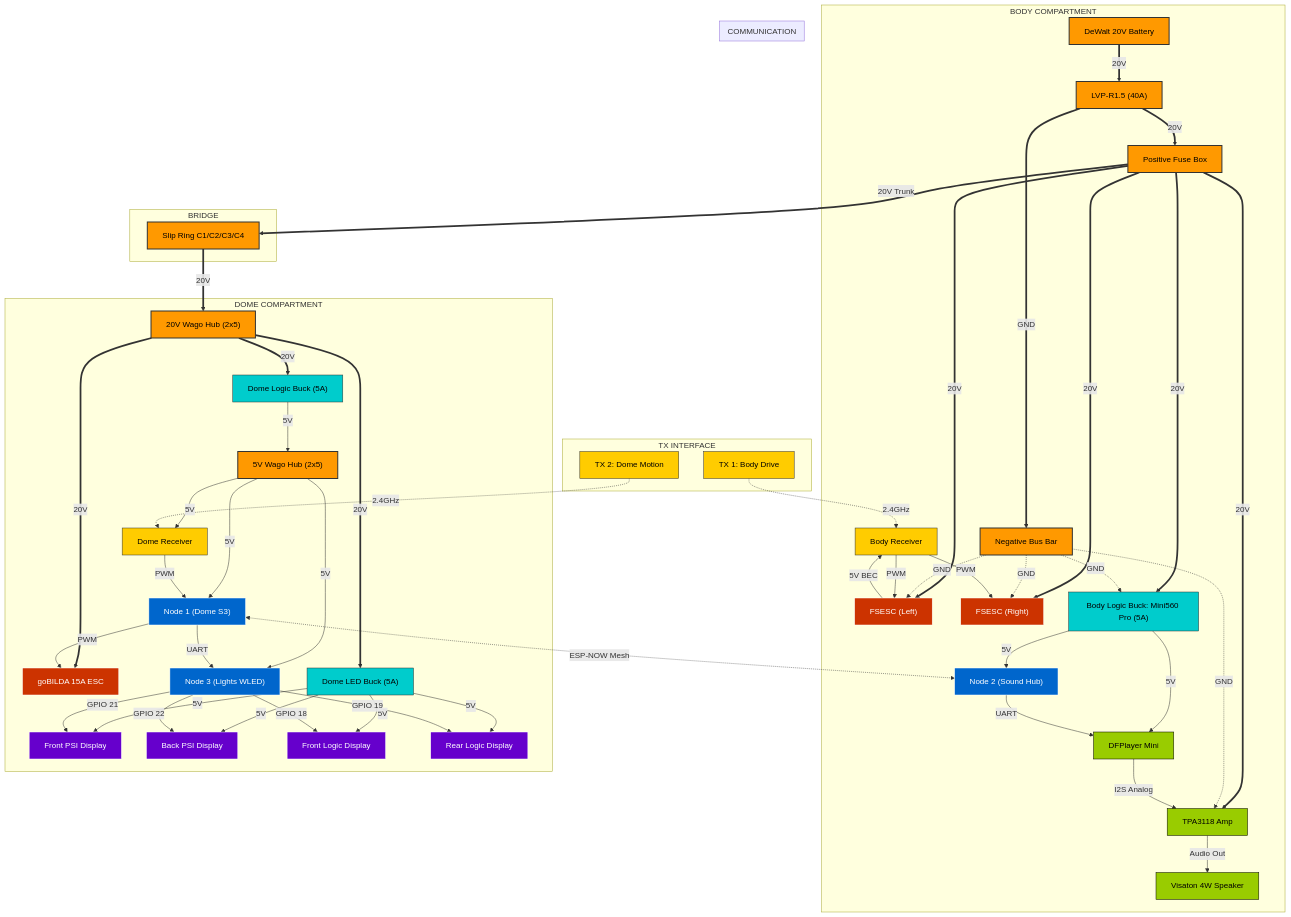
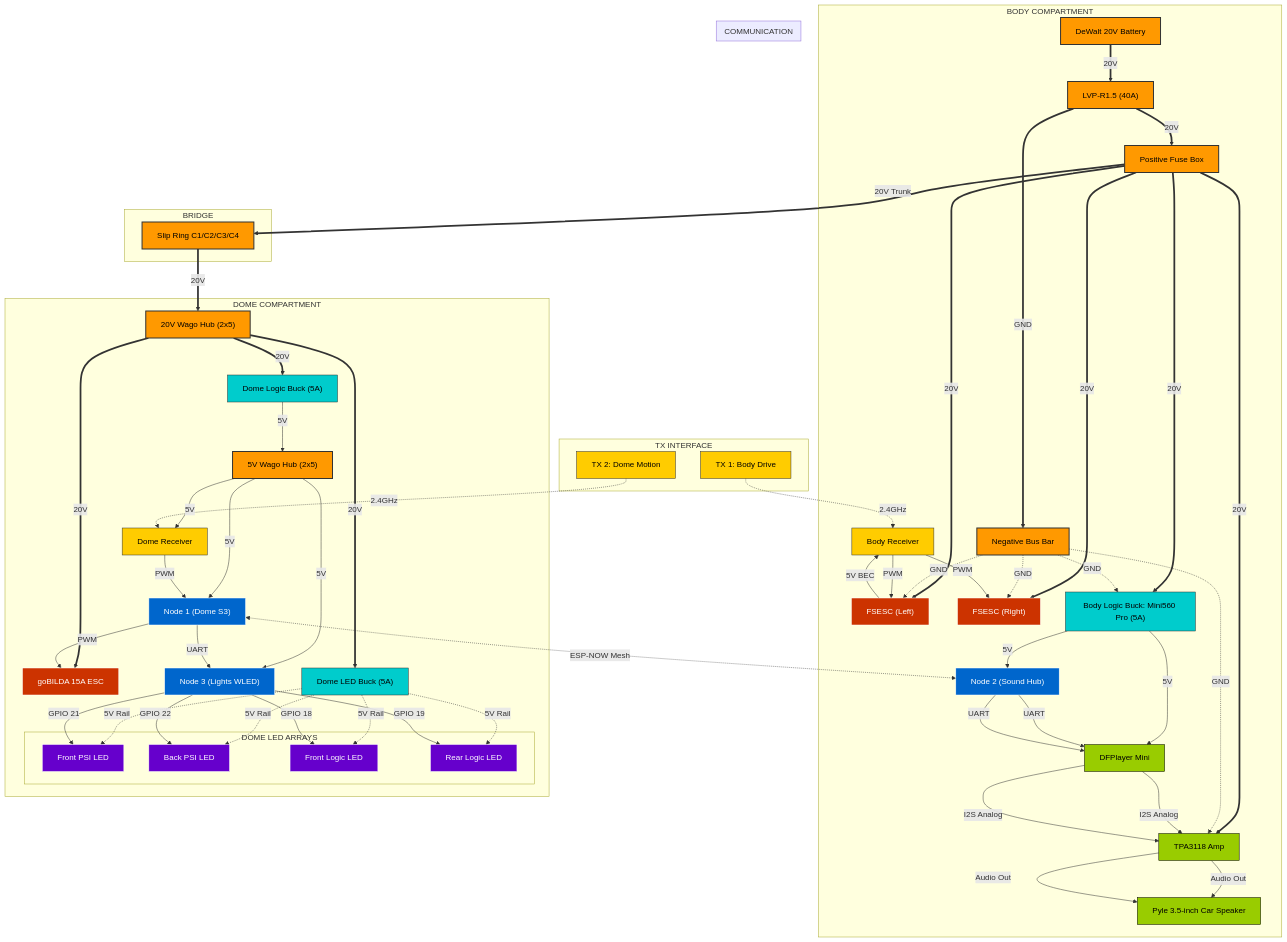
Before and after one commit to Ruzzler/Wee2-D2: the diagram in docs/architecture/electrical-schematic.md, drawn with Mermaid.

Commit message:
docs(schematic): fix speaker specs, rename LEDs, and optimize lighting layout clarity

```diff
--- a/docs/architecture/electrical-schematic.md
+++ b/docs/architecture/electrical-schematic.md
@@ -52,25 +52,33 @@
     SLIP ==>|20V| DOME_WAGO_20V["20V Wago Hub (2x5)"]:::power
 
     DOME_WAGO_20V ==>|20V| DOME_ESC["goBILDA 15A ESC"]:::drive
+    DOME_WAGO_20V ==>|20V| BUCK_LOGIC["Dome Logic Buck (5A)"]:::logic
     DOME_WAGO_20V ==>|20V| BUCK_LEDS["Dome LED Buck (5A)"]:::logic
-    DOME_WAGO_20V ==>|20V| BUCK_LOGIC["Dome Logic Buck (5A)"]:::logic
-
-    BUCK_LEDS -->|5V| F_PSI["Front PSI Display"]:::lights
-    BUCK_LEDS -->|5V| B_PSI["Back PSI Display"]:::lights
-    BUCK_LEDS -->|5V| F_LOGIC["Front Logic Display"]:::lights
-    BUCK_LEDS -->|5V| B_LOGIC["Rear Logic Display"]:::lights
 
     BUCK_LOGIC -->|5V| DOME_WAGO_5V["5V Wago Hub (2x5)"]:::power
 
+    DOME_WAGO_5V -->|5V| NODE_1["Node 1 (Dome S3)"]:::brain
     DOME_WAGO_5V -->|5V| NODE_3["Node 3 (Lights WLED)"]:::brain
-    DOME_WAGO_5V -->|5V| NODE_1["Node 1 (Dome S3)"]:::brain
     DOME_WAGO_5V -->|5V| RC2["Dome Receiver"]:::signal
 
     NODE_1 -->|PWM| DOME_ESC
+
+    subgraph DOME_LIGHTS["DOME LED ARRAYS"]
+      F_PSI["Front PSI LED"]:::lights
+      B_PSI["Back PSI LED"]:::lights
+      F_LOGIC["Front Logic LED"]:::lights
+      B_LOGIC["Rear Logic LED"]:::lights
+    end
+
+    BUCK_LEDS -.->|5V Rail| F_PSI
+    BUCK_LEDS -.->|5V Rail| B_PSI
+    BUCK_LEDS -.->|5V Rail| F_LOGIC
+    BUCK_LEDS -.->|5V Rail| B_LOGIC
+
+    NODE_3 -->|GPIO 21| F_PSI
+    NODE_3 -->|GPIO 22| B_PSI
     NODE_3 -->|GPIO 18| F_LOGIC
     NODE_3 -->|GPIO 19| B_LOGIC
-    NODE_3 -->|GPIO 21| F_PSI
-    NODE_3 -->|GPIO 22| B_PSI
   end
 
   subgraph INTERCONNECTS["COMMUNICATION"]
@@ -79,6 +87,10 @@
     RC2 -->|PWM| NODE_1
     NODE_1 <-.->|ESP-NOW Mesh| NODE_2
     NODE_1 -->|UART| NODE_3
+    
+    AUDIO -->|I2S Analog| AMP
+    AMP -->|Audio Out| SPK["Pyle 3.5-inch Car Speaker"]:::audio
+    NODE_2 -->|UART| AUDIO
   end
 
   %% --- ABSOLUTE TERMINATION: Styling & Interaction ---
@@ -98,7 +110,7 @@
   click DOME_ESC href "../hardware/gobilda-motor-manual.md" "15A PWM Peak (30V Capable)"
   click BODY_BUCK href "../bill-of-materials.md" "Mini560 Pro (5A) Logic"
   click BUCK_LEDS href "../bill-of-materials.md" "Dedicated High-Current LED Supply (Mini560 Pro)"
-  click SPK href "../capabilities/lights-and-sounds/audio-system.md" "Visaton 4W Speaker"
+  click SPK href "../capabilities/lights-and-sounds/audio-system.md" "Pyle 60W RMS / 4 Ohm Driver"
 
   classDef power fill:#ff9900,stroke:#333,stroke-width:2px,color:#000
   classDef drive fill:#cc3300,stroke:#fff,color:#fff
```
